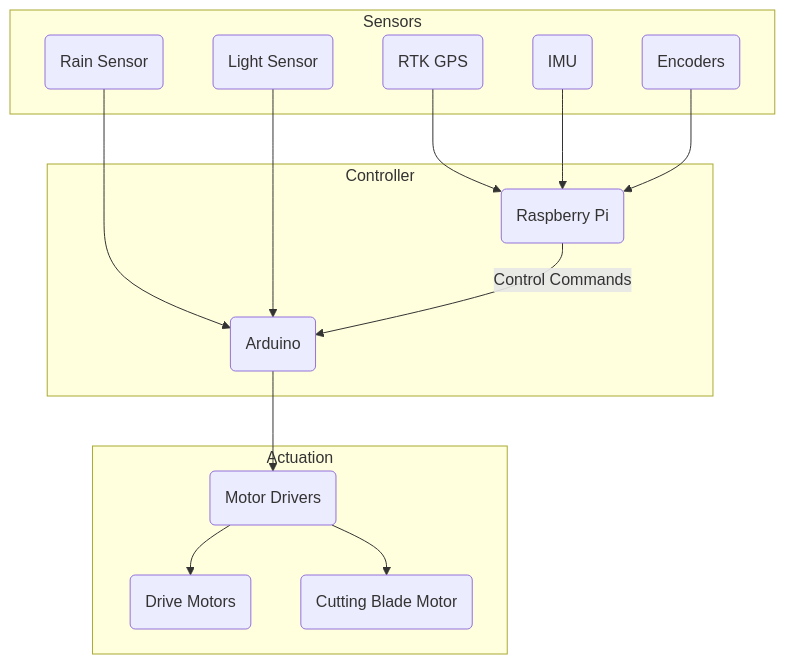
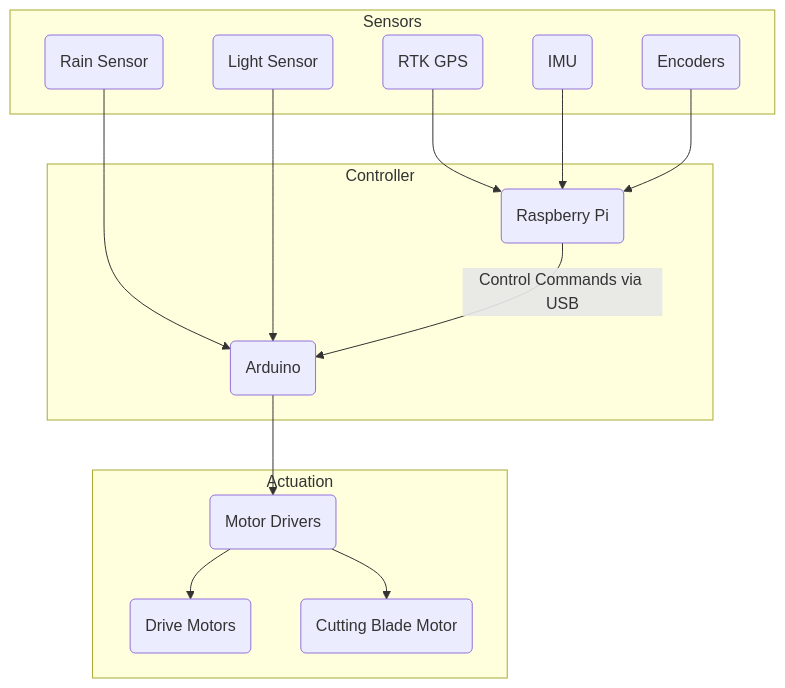
One commit to kemofady/Autonomous-lawn-mower changed the diagram in README.md. Above: the diagram before and after it, drawn with Mermaid. The commit also changed other lines of this file, not shown here.

````diff
--- a/README.md
+++ b/README.md
@@ -31,32 +32,32 @@
 ```mermaid
 graph TD
     subgraph Sensors
         RTK_GPS(RTK GPS)
         IMU(IMU)
         Encoders(Encoders)
         RainSensor(Rain Sensor)
         LDR(Light Sensor)
     end
 
     subgraph Controller
         Pi(Raspberry Pi)
         Arduino(Arduino)
     end
 
     subgraph Actuation
         MotorDrivers(Motor Drivers)
         DriveMotors(Drive Motors)
         BladeMotor(Cutting Blade Motor)
     end
 
     RTK_GPS --> Pi
     IMU --> Pi
     Encoders --> Pi
     RainSensor --> Arduino
     LDR --> Arduino
-    Pi -->|Control Commands| Arduino
+    Pi -->|Control Commands via USB| Arduino
     Arduino --> MotorDrivers
     MotorDrivers --> DriveMotors
     MotorDrivers --> BladeMotor
 
  ```
````
